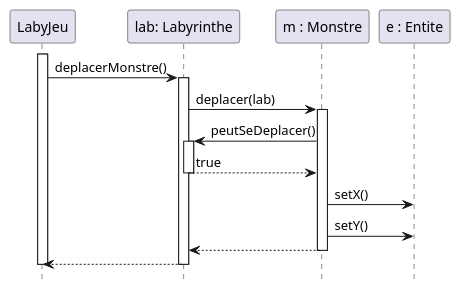
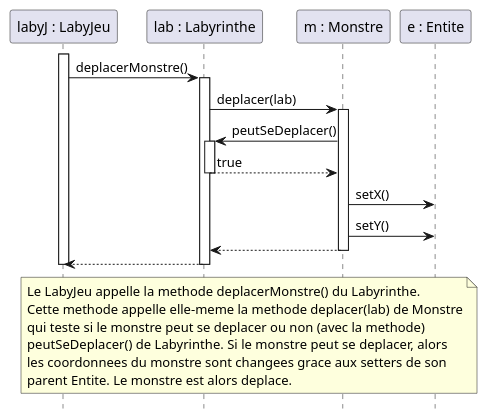
Before and after one commit to Erwanquilliou/2024_Zeldiablo_quilliou2u_leveque58u: the diagram in zeldiablo/documents/version_1/diagseq_monstreDeplacementAleatoire.puml, drawn with PlantUML. The commit also changed 3 other files, not shown here.

Commit message:
diagramme sequence v1 description finie

```diff
--- a/zeldiablo/documents/version_1/diagseq_monstreDeplacementAleatoire.puml
+++ b/zeldiablo/documents/version_1/diagseq_monstreDeplacementAleatoire.puml
@@ -1,27 +1,37 @@
 @startuml
 hide footbox
 
-participant "LabyJeu" as lj
-participant "lab: Labyrinthe" as l
+participant "labyJ : LabyJeu" as lj
+participant "lab : Labyrinthe" as l
 participant "m : Monstre" as m
 participant "e : Entite" as e
 
     activate lj
     lj -> l : deplacerMonstre()
     activate l
     l -> m : deplacer(lab)
     activate m
 
     m -> l : peutSeDeplacer()
     activate l
     l --> m : true
     deactivate l
 
     m -> e : setX()
     m -> e : setY()
     m --> l
     deactivate m
     l --> lj
     deactivate l
     deactivate lj
+
+note across
+Le LabyJeu appelle la methode deplacerMonstre() du Labyrinthe.
+Cette methode appelle elle-meme la methode deplacer(lab) de Monstre
+qui teste si le monstre peut se deplacer ou non (avec la methode)
+peutSeDeplacer() de Labyrinthe. Si le monstre peut se deplacer, alors
+les coordonnees du monstre sont changees grace aux setters de son
+parent Entite. Le monstre est alors deplace.
+end note
+
 @enduml
```
